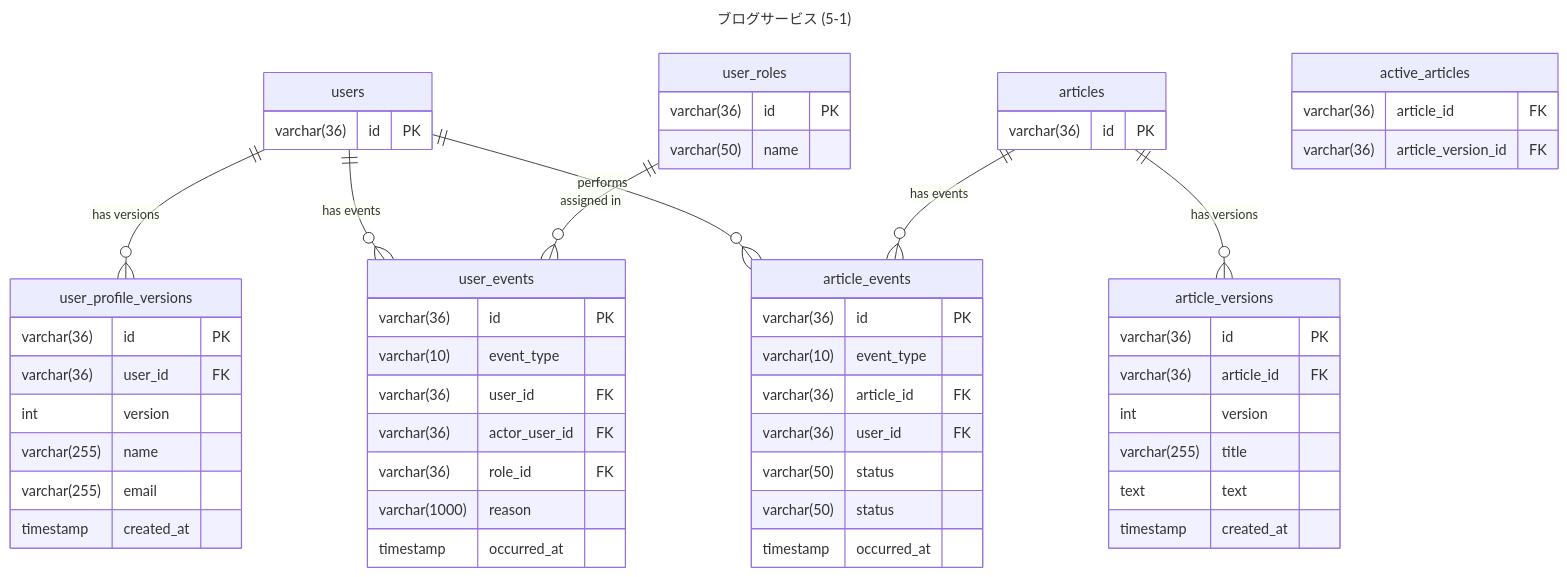
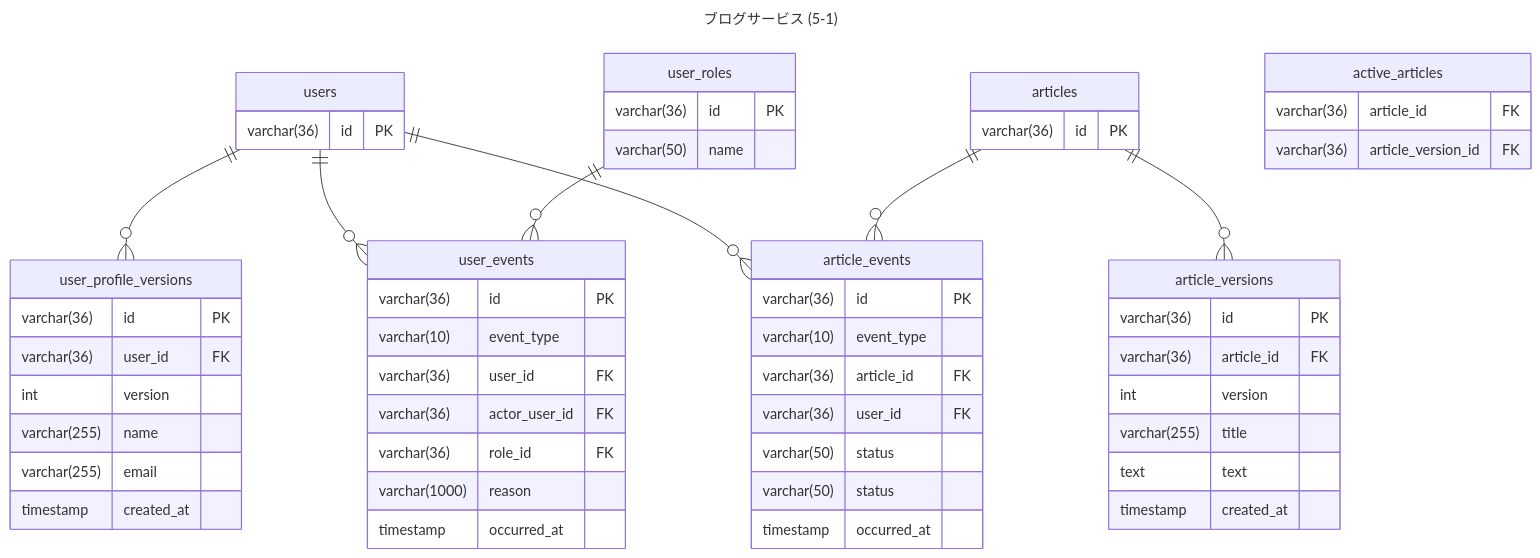
One commit to ttakuma17/til changed the first of 2 diagrams in db/modeling/5-latest/er.md. Above: the diagram before and after it, drawn with Mermaid.

Commit message:
relationに対するコメントふよう

````diff
--- a/db/modeling/5-latest/er.md
+++ b/db/modeling/5-latest/er.md
@@ -7,71 +7,71 @@
 ```mermaid
 ---
 title: ブログサービス (5-1)
 ---
 erDiagram
     users {
         varchar(36) id PK
     }
 
     user_profile_versions {
         varchar(36) id PK
         varchar(36) user_id FK
         int version
         varchar(255) name
         varchar(255) email
         timestamp created_at
     }
 
     user_roles {
         varchar(36) id PK
         varchar(50) name
     }
 
     user_events {
         varchar(36) id PK
         varchar(10) event_type
         varchar(36) user_id FK
         varchar(36) actor_user_id FK
         varchar(36) role_id FK
         varchar(1000) reason
         timestamp occurred_at
     }
 
     articles {
         varchar(36) id PK
     }
     
     active_articles {
         varchar(36) article_id FK
         varchar(36) article_version_id FK
     }
 
     article_versions {
         varchar(36) id PK
         varchar(36) article_id FK
         int version
         varchar(255) title
         text text
         timestamp created_at
     }
 
     article_events {
         varchar(36) id PK
         varchar(10) event_type
         varchar(36) article_id FK
         varchar(36) user_id FK
         varchar(50) status
         varchar(50) status
         timestamp occurred_at
     }
 
     %% リレーションシップ
-    users ||--o{ user_profile_versions : "has versions"
-    users ||--o{ user_events : "has events"
+    users ||--o{ user_profile_versions : ""
+    users ||--o{ user_events : ""
     
-    user_roles ||--o{ user_events : "assigned in"
+    user_roles ||--o{ user_events : ""
 
-    users ||--o{ article_events : "performs"    
-    articles ||--o{ article_versions : "has versions"
-    articles ||--o{ article_events : "has events"
+    users ||--o{ article_events : ""
+    articles ||--o{ article_versions : ""
+    articles ||--o{ article_events : ""
 ```
````
